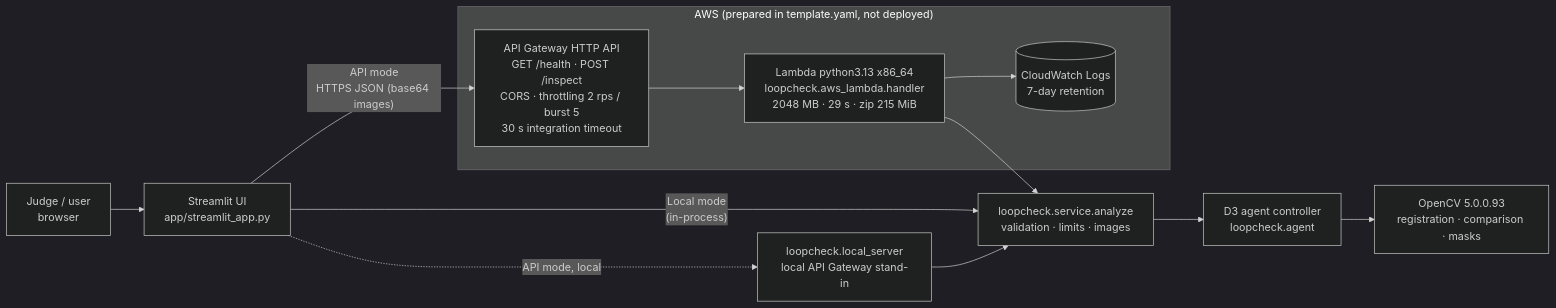
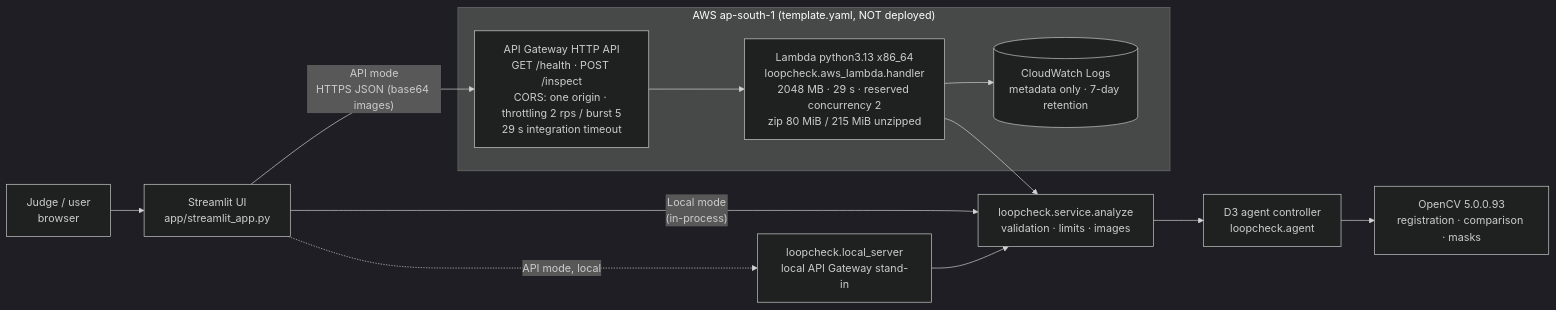
The diagram in docs/d4_demo_and_deployment.md (arnavgupta2004/Loopcheck), drawn with Mermaid (dark theme) before and after one commit. The commit also changed other lines of this file and 12 other files, not shown here.

````diff
--- a/docs/d4_demo_and_deployment.md
+++ b/docs/d4_demo_and_deployment.md
@@ -13,16 +14,16 @@
 ```mermaid
 flowchart LR
     U[Judge / user<br/>browser] --> S[Streamlit UI<br/>app/streamlit_app.py]
     S -- "Local mode<br/>(in-process)" --> SV
     S -- "API mode<br/>HTTPS JSON (base64 images)" --> AG
-    subgraph AWS["AWS (prepared in template.yaml, not deployed)"]
-        AG[API Gateway HTTP API<br/>GET /health · POST /inspect<br/>CORS · throttling 2 rps / burst 5<br/>30 s integration timeout]
-        AG --> L["Lambda python3.13 x86_64<br/>loopcheck.aws_lambda.handler<br/>2048 MB · 29 s · zip 215 MiB"]
-        L --> CW[(CloudWatch Logs<br/>7-day retention)]
+    subgraph AWS["AWS ap-south-1 (template.yaml, NOT deployed)"]
+        AG[API Gateway HTTP API<br/>GET /health · POST /inspect<br/>CORS: one origin · throttling 2 rps / burst 5<br/>29 s integration timeout]
+        AG --> L["Lambda python3.13 x86_64<br/>loopcheck.aws_lambda.handler<br/>2048 MB · 29 s · reserved concurrency 2<br/>zip 80 MiB / 215 MiB unzipped"]
+        L --> CW[(CloudWatch Logs<br/>metadata only · 7-day retention)]
     end
     L --> SV
     LS[loopcheck.local_server<br/>local API Gateway stand-in] --> SV
     S -. "API mode, local" .-> LS
     SV[loopcheck.service.analyze<br/>validation · limits · images] --> AC[D3 agent controller<br/>loopcheck.agent]
     AC --> CV[OpenCV 5.0.0.93<br/>registration · comparison · masks]
 ```
````
